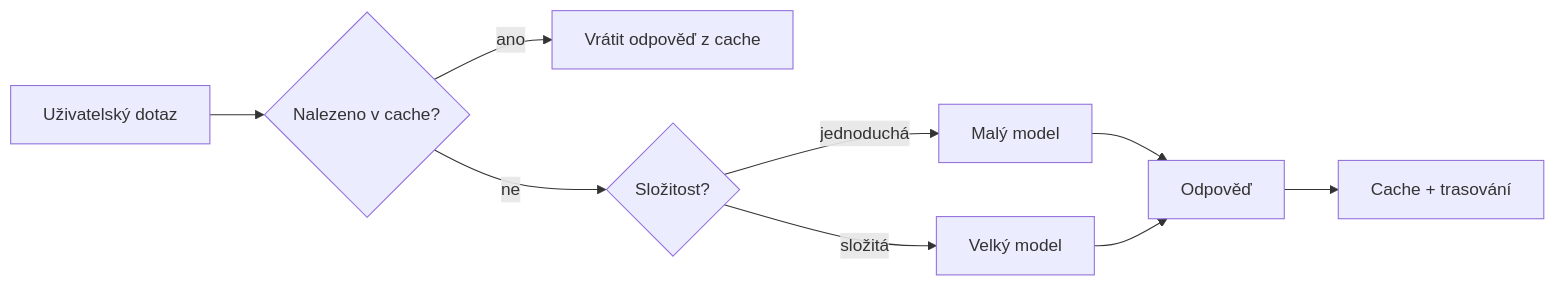
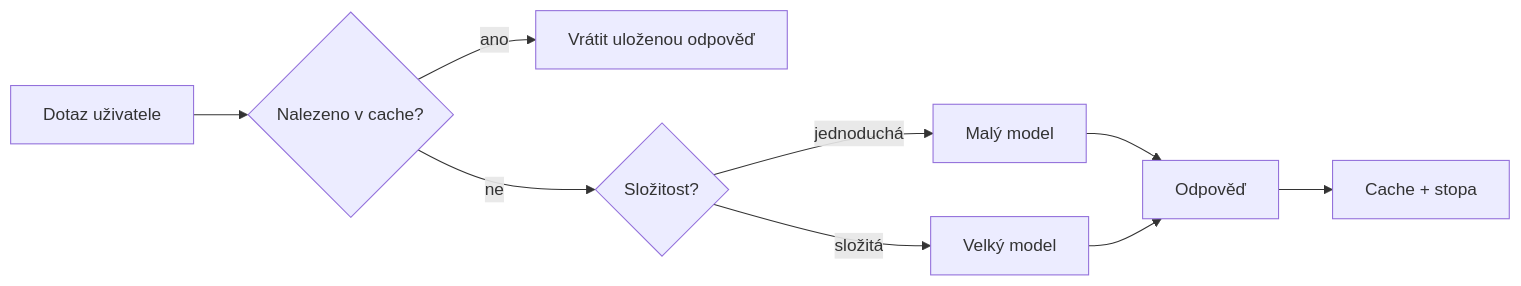
Before and after one commit to gabrielmoreira/agent-skills-mirror: the third of 4 diagrams in mirrors/repos/microsoft@ai-agents-for-beginners/translations/cs/16-deploying-scalable-agents/README.md, drawn with Mermaid. The commit also changed other lines of this file and 3581 other files, not shown here.

````diff
--- a/mirrors/repos/microsoft@ai-agents-for-beginners/translations/cs/16-deploying-scalable-agents/README.md
+++ b/mirrors/repos/microsoft@ai-agents-for-beginners/translations/cs/16-deploying-scalable-agents/README.md
@@ -134,11 +134,11 @@
 ```mermaid
 flowchart LR
-    Q[Uživatelský dotaz] --> C{Nalezeno v cache?}
-    C -->|ano| R[Vrátit odpověď z cache]
+    Q[Dotaz uživatele] --> C{Nalezeno v cache?}
+    C -->|ano| R[Vrátit uloženou odpověď]
     C -->|ne| Router{Složitost?}
     Router -->|jednoduchá| SLM[Malý model]
     Router -->|složitá| LLM[Velký model]
     SLM --> Out[Odpověď]
     LLM --> Out
-    Out --> Store[Cache + trasování]
+    Out --> Store[Cache + stopa]
 ```
````
